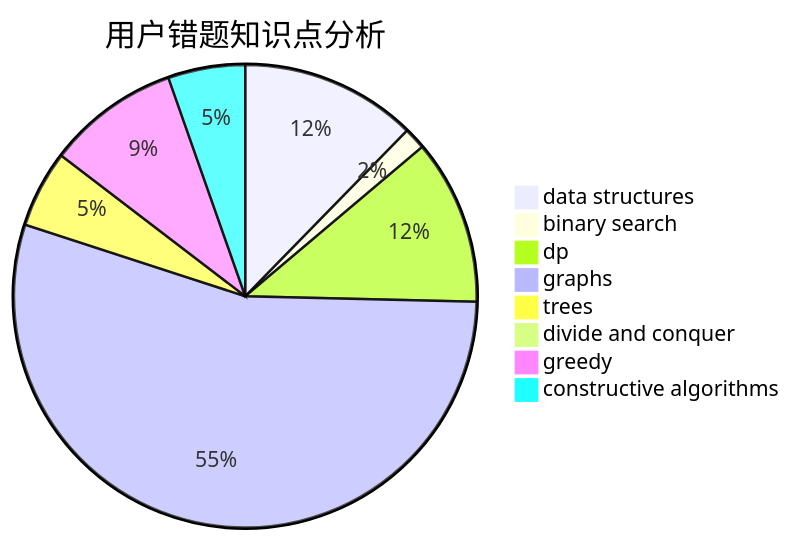
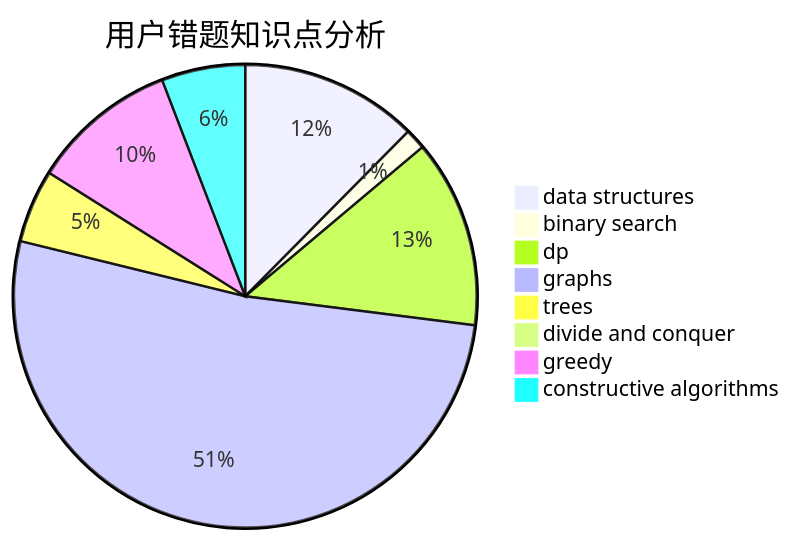
Before and after one commit to sherpahu/cfrs.github.io: the third of 3 diagrams in docs/user/u946.md, drawn with Mermaid. The commit also changed other lines of this file and 2770 other files, not shown here.

````diff
--- a/docs/user/u946.md
+++ b/docs/user/u946.md
@@ -36,11 +36,11 @@
 ```mermaid
 pie title 用户错题知识点分析
-    "data structures" :  16
+    "data structures" :  17
     "binary search" :  2
-    "dp" :  15
+    "dp" :  18
     "graphs" :  71
     "trees" :  7
-    "divide and conquer" :  0
-    "greedy" :  12
-    "constructive algorithms" :  7
+    "divide and conquer" :  1
+    "greedy" :  14
+    "constructive algorithms" :  8
 ```
````
